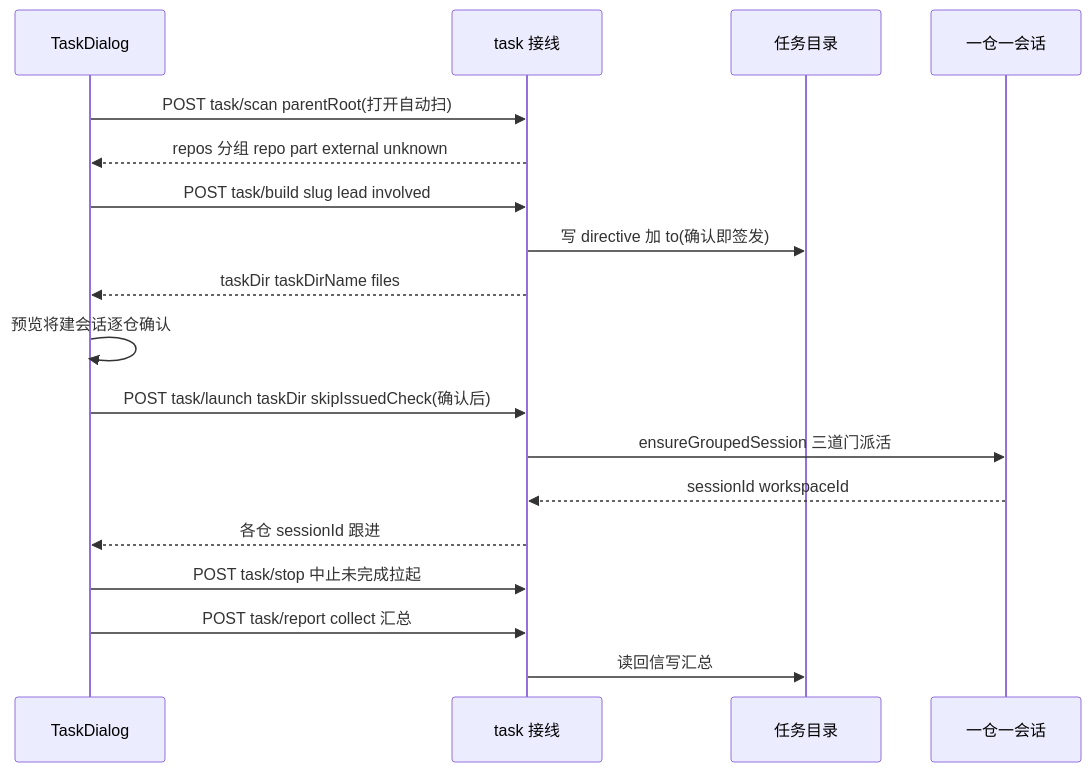
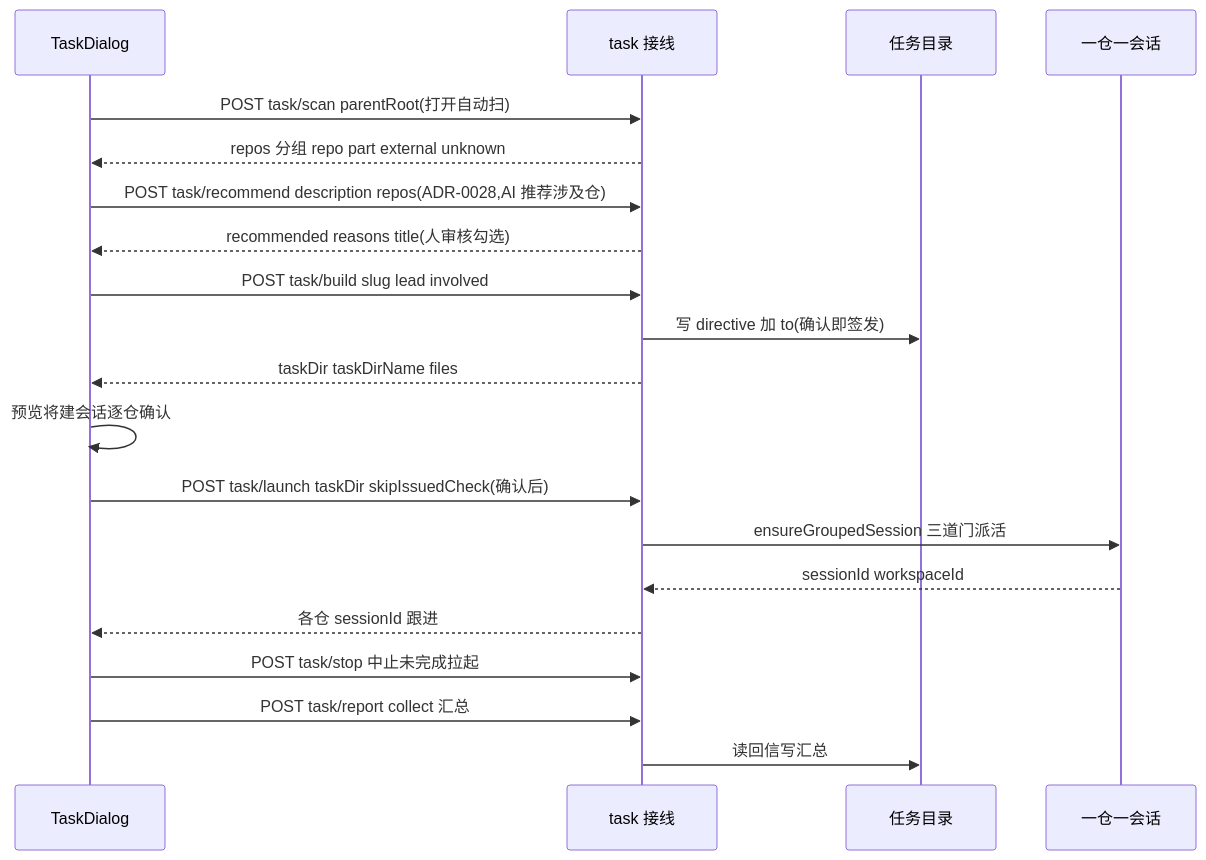
The fourth of 4 diagrams in docs/architecture.md (doubleelec/dsh-debate), drawn with Mermaid before and after one commit. The commit also changed other lines of this file and 20 other files, not shown here.

First line of the commit message:
feat(task): recommend involved repos via model, entry gated on draft

````diff
--- a/docs/architecture.md
+++ b/docs/architecture.md
@@ -211,20 +212,22 @@
 ```mermaid
 sequenceDiagram
     participant T as TaskDialog
     participant H as task 接线
     participant D as 任务目录
     participant G as 一仓一会话
     T->>H: POST task/scan parentRoot(打开自动扫)
     H-->>T: repos 分组 repo part external unknown
+    T->>H: POST task/recommend description repos(ADR-0028,AI 推荐涉及仓)
+    H-->>T: recommended reasons title(人审核勾选)
     T->>H: POST task/build slug lead involved
     H->>D: 写 directive 加 to(确认即签发)
     H-->>T: taskDir taskDirName files
     T->>T: 预览将建会话逐仓确认
     T->>H: POST task/launch taskDir skipIssuedCheck(确认后)
     H->>G: ensureGroupedSession 三道门派活
     G-->>H: sessionId workspaceId
     H-->>T: 各仓 sessionId 跟进
     T->>H: POST task/stop 中止未完成拉起
     T->>H: POST task/report collect 汇总
     H->>D: 读回信写汇总
 ```
````
